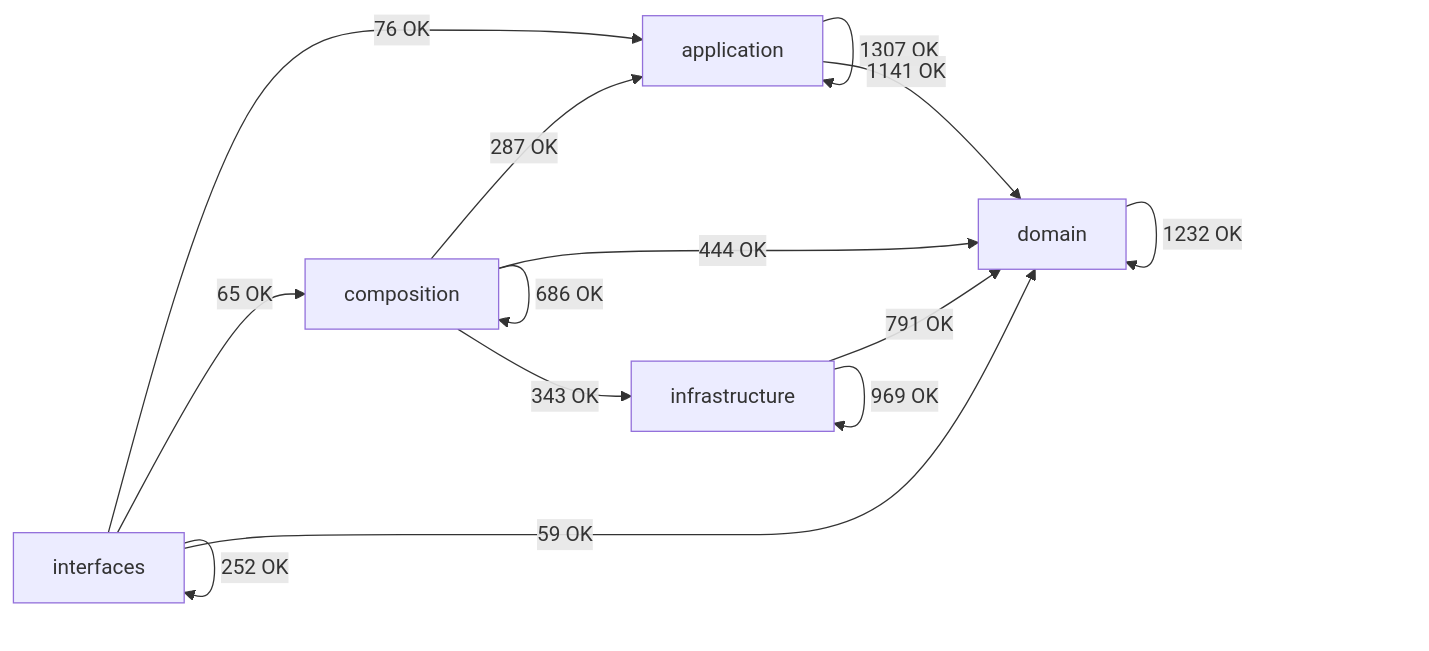
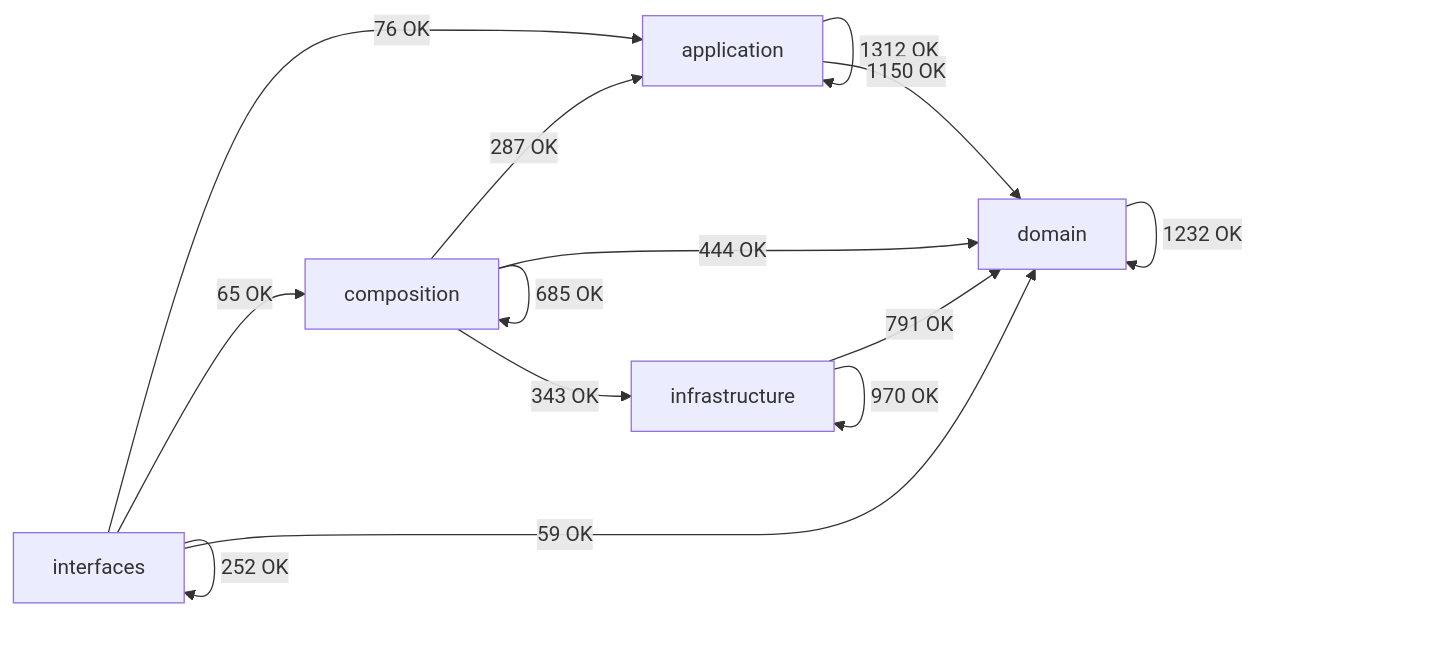
Before and after one commit to SatoryKono/BioactivityDataAcquisition: the diagram in docs/02-architecture/generated/module-dependency-map.md, drawn with Mermaid. The commit also changed other lines of this file and 230 other files, not shown here.

````diff
--- a/docs/02-architecture/generated/module-dependency-map.md
+++ b/docs/02-architecture/generated/module-dependency-map.md
@@ -17,21 +17,21 @@
 ```mermaid
 flowchart LR
     domain[domain]
     application[application]
     infrastructure[infrastructure]
     composition[composition]
     interfaces[interfaces]
-    application -->|1307 OK| application
-    application -->|1141 OK| domain
+    application -->|1312 OK| application
+    application -->|1150 OK| domain
     composition -->|287 OK| application
-    composition -->|686 OK| composition
+    composition -->|685 OK| composition
     composition -->|444 OK| domain
     composition -->|343 OK| infrastructure
     domain -->|1232 OK| domain
     infrastructure -->|791 OK| domain
-    infrastructure -->|969 OK| infrastructure
+    infrastructure -->|970 OK| infrastructure
     interfaces -->|76 OK| application
     interfaces -->|65 OK| composition
     interfaces -->|59 OK| domain
     interfaces -->|252 OK| interfaces
 ```
````
